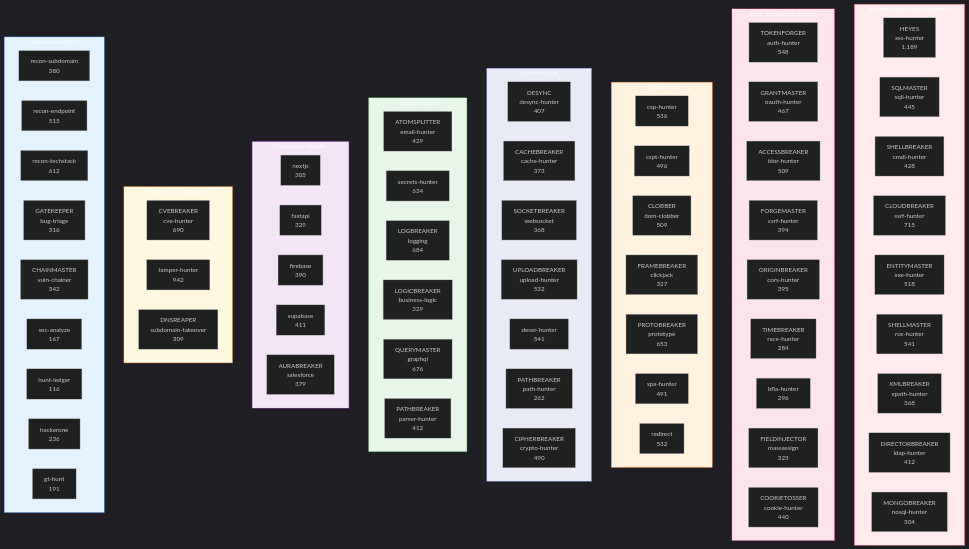
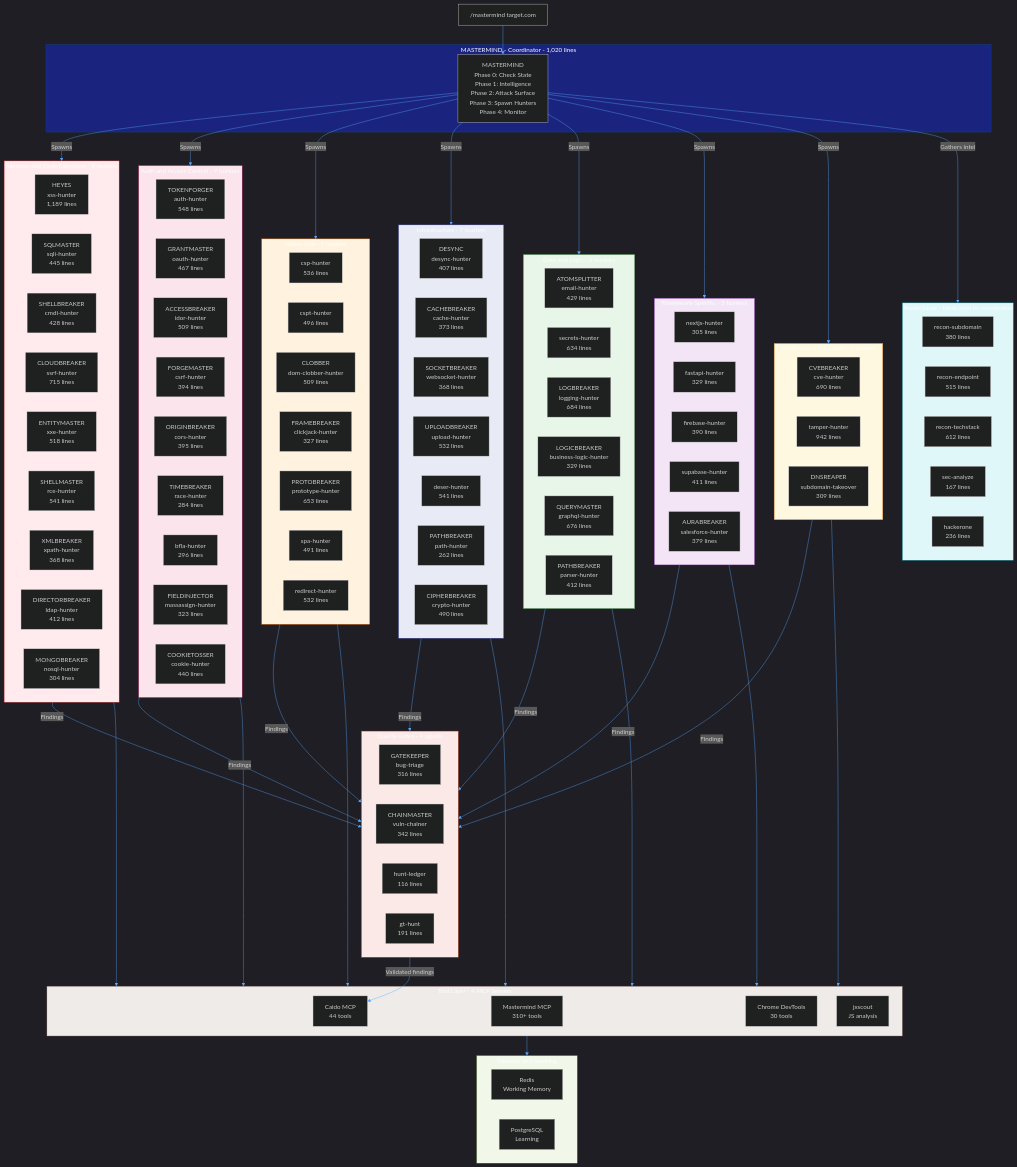
The second of 6 diagrams in content/blog/mastermind-ai-ecosystem.md (trace37labs/trace37-labs), drawn with Mermaid before and after one commit. The commit also changed other lines of this file, not shown here.

Commit message:
Update Mastermind AI post with user edits
- Updated bounty figure in HEYES persona (50K → 0K)
- Removed 'Use the 5-Rotor Enigma-XSS machine first' instruction
- Fixed table formatting in Injection hunters section
- Updated Full Hunter Map diagram with improved layout
- Maintained all security fixes (poc-harness.com, dark themes)

````diff
--- a/content/blog/mastermind-ai-ecosystem.md
+++ b/content/blog/mastermind-ai-ecosystem.md
@@ -306,91 +308,146 @@
 ```mermaid
 %%{init: {'theme': 'dark', 'themeVariables': { 'lineColor': '#58a6ff', 'primaryTextColor': '#fff'}}}%%
 flowchart TB
-    subgraph Injection["Injection and Code Execution"]
-        xss["HEYES\nxss-hunter\n1,189"]
-        sqli["SQLMASTER\nsqli-hunter\n445"]
-        cmdi["SHELLBREAKER\ncmdi-hunter\n428"]
-        ssrf["CLOUDBREAKER\nssrf-hunter\n715"]
-        xxe["ENTITYMASTER\nxxe-hunter\n518"]
-        rce["SHELLMASTER\nrce-hunter\n541"]
-        xpath["XMLBREAKER\nxpath-hunter\n368"]
-        ldap["DIRECTORBREAKER\nldap-hunter\n412"]
-        nosql["MONGOBREAKER\nnosql-hunter\n304"]
+    User["/mastermind target.com"]
+    User --> MM
+
+    subgraph Coordinator["MASTERMIND - Coordinator - 1,020 lines"]
+        MM["MASTERMIND\nPhase 0: Check State\nPhase 1: Intelligence\nPhase 2: Attack Surface\nPhase 3: Spawn Hunters\nPhase 4: Monitor"]
     end
 
-    subgraph AuthZ["Auth and Access Control"]
-        auth["TOKENFORGER\nauth-hunter\n548"]
-        oauth["GRANTMASTER\noauth-hunter\n467"]
-        idor["ACCESSBREAKER\nidor-hunter\n509"]
-        csrf["FORGEMASTER\ncsrf-hunter\n394"]
-        cors["ORIGINBREAKER\ncors-hunter\n395"]
-        race["TIMEBREAKER\nrace-hunter\n284"]
-        bfla["bfla-hunter\n296"]
-        mass["FIELDINJECTOR\nmassassign\n323"]
-        cookie["COOKIETOSSER\ncookie-hunter\n440"]
+    MM -->|"Spawns"| Injection
+    MM -->|"Spawns"| AuthZ
+    MM -->|"Spawns"| Client
+    MM -->|"Spawns"| Infra
+    MM -->|"Spawns"| DataLogic
+    MM -->|"Spawns"| Frameworks
+    MM -->|"Spawns"| Platform
+
+    subgraph ReconLayer["Recon Layer - feeds intel to coordinator"]
+        rsub["recon-subdomain\n380 lines"]
+        rend["recon-endpoint\n515 lines"]
+        rtech["recon-techstack\n612 lines"]
+        secana["sec-analyze\n167 lines"]
+        h1["hackerone\n236 lines"]
     end
 
-    subgraph Client["Client-Side"]
-        csp["csp-hunter\n536"]
-        cspt["cspt-hunter\n496"]
-        dom["CLOBBER\ndom-clobber\n509"]
-        click["FRAMEBREAKER\nclickjack\n327"]
-        proto["PROTOBREAKER\nprototype\n653"]
-        spa["spa-hunter\n491"]
-        redir["redirect\n532"]
+    MM -->|"Gathers intel"| ReconLayer
+
+    subgraph Injection["Injection and Code Execution - 9 hunters"]
+        xss["HEYES\nxss-hunter\n1,189 lines"]
+        sqli["SQLMASTER\nsqli-hunter\n445 lines"]
+        cmdi["SHELLBREAKER\ncmdi-hunter\n428 lines"]
+        ssrf["CLOUDBREAKER\nssrf-hunter\n715 lines"]
+        xxe["ENTITYMASTER\nxxe-hunter\n518 lines"]
+        rce["SHELLMASTER\nrce-hunter\n541 lines"]
+        xpath["XMLBREAKER\nxpath-hunter\n368 lines"]
+        ldap["DIRECTORBREAKER\nldap-hunter\n412 lines"]
+        nosql["MONGOBREAKER\nnosql-hunter\n304 lines"]
     end
 
-    subgraph Infra["Infrastructure"]
-        desync["DESYNC\ndesync-hunter\n407"]
-        cache["CACHEBREAKER\ncache-hunter\n373"]
-        ws["SOCKETBREAKER\nwebsocket\n368"]
-        upload["UPLOADBREAKER\nupload-hunter\n532"]
-        deser["deser-hunter\n541"]
-        path["PATHBREAKER\npath-hunter\n262"]
-        crypto["CIPHERBREAKER\ncrypto-hunter\n490"]
+    subgraph AuthZ["Auth and Access Control - 9 hunters"]
+        auth["TOKENFORGER\nauth-hunter\n548 lines"]
+        oauth["GRANTMASTER\noauth-hunter\n467 lines"]
+        idor["ACCESSBREAKER\nidor-hunter\n509 lines"]
+        csrf["FORGEMASTER\ncsrf-hunter\n394 lines"]
+        cors["ORIGINBREAKER\ncors-hunter\n395 lines"]
+        race["TIMEBREAKER\nrace-hunter\n284 lines"]
+        bfla["bfla-hunter\n296 lines"]
+        mass["FIELDINJECTOR\nmassassign-hunter\n323 lines"]
+        cookie["COOKIETOSSER\ncookie-hunter\n440 lines"]
     end
 
-    subgraph Data["Data and Logic"]
-        email["ATOMSPLITTER\nemail-hunter\n429"]
-        secrets["secrets-hunter\n634"]
-        logging["LOGBREAKER\nlogging\n684"]
-        bizlog["LOGICBREAKER\nbusiness-logic\n329"]
-        gql["QUERYMASTER\ngraphql\n676"]
-        parser["PATHBREAKER\nparser-hunter\n412"]
+    subgraph Client["Client-Side - 7 hunters"]
+        csp["csp-hunter\n536 lines"]
+        cspt["cspt-hunter\n496 lines"]
+        dom["CLOBBER\ndom-clobber-hunter\n509 lines"]
+        click["FRAMEBREAKER\nclickjack-hunter\n327 lines"]
+        proto["PROTOBREAKER\nprototype-hunter\n653 lines"]
+        spa["spa-hunter\n491 lines"]
+        redir["redirect-hunter\n532 lines"]
     end
 
-    subgraph Frameworks["Framework-Specific"]
-        nextjs["nextjs\n305"]
-        fastapi["fastapi\n329"]
-        firebase["firebase\n390"]
-        supa["supabase\n411"]
-        sfdc["AURABREAKER\nsalesforce\n379"]
+    subgraph Infra["Infrastructure - 7 hunters"]
+        desync["DESYNC\ndesync-hunter\n407 lines"]
+        cache["CACHEBREAKER\ncache-hunter\n373 lines"]
+        ws["SOCKETBREAKER\nwebsocket-hunter\n368 lines"]
+        upload["UPLOADBREAKER\nupload-hunter\n532 lines"]
+        deser["deser-hunter\n541 lines"]
+        path["PATHBREAKER\npath-hunter\n262 lines"]
+        crypto["CIPHERBREAKER\ncrypto-hunter\n490 lines"]
     end
 
-    subgraph Platform["Platform and Advanced"]
-        cve["CVEBREAKER\ncve-hunter\n690"]
-        tamper["tamper-hunter\n942"]
-        takeover["DNSREAPER\nsubdomain-takeover\n309"]
+    subgraph DataLogic["Data and Logic - 6 hunters"]
+        email["ATOMSPLITTER\nemail-hunter\n429 lines"]
+        secrets["secrets-hunter\n634 lines"]
+        logging["LOGBREAKER\nlogging-hunter\n684 lines"]
+        bizlog["LOGICBREAKER\nbusiness-logic-hunter\n329 lines"]
+        gql["QUERYMASTER\ngraphql-hunter\n676 lines"]
+        parser["PATHBREAKER\nparser-hunter\n412 lines"]
     end
 
-    subgraph Recon["Recon and Utility"]
-        rsub["recon-subdomain\n380"]
-        rend["recon-endpoint\n515"]
-        rtech["recon-techstack\n612"]
-        triage["GATEKEEPER\nbug-triage\n316"]
-        chainer["CHAINMASTER\nvuln-chainer\n342"]
-        secana["sec-analyze\n167"]
-        ledger["hunt-ledger\n116"]
-        h1["hackerone\n236"]
-        gt["gt-hunt\n191"]
+    subgraph Frameworks["Framework-Specific - 5 hunters"]
+        nextjs["nextjs-hunter\n305 lines"]
+        fastapi["fastapi-hunter\n329 lines"]
+        firebase["firebase-hunter\n390 lines"]
+        supa["supabase-hunter\n411 lines"]
+        sfdc["AURABREAKER\nsalesforce-hunter\n379 lines"]
     end
 
+    subgraph Platform["Platform and Advanced - 3 hunters"]
+        cve["CVEBREAKER\ncve-hunter\n690 lines"]
+        tamper["tamper-hunter\n942 lines"]
+        takeover["DNSREAPER\nsubdomain-takeover\n309 lines"]
+    end
+
+    subgraph QualityGate["Quality Gates - 4 agents"]
+        triage["GATEKEEPER\nbug-triage\n316 lines"]
+        chainer["CHAINMASTER\nvuln-chainer\n342 lines"]
+        ledger["hunt-ledger\n116 lines"]
+        gt["gt-hunt\n191 lines"]
+    end
+
+    Injection -->|"Findings"| QualityGate
+    AuthZ -->|"Findings"| QualityGate
+    Client -->|"Findings"| QualityGate
+    Infra -->|"Findings"| QualityGate
+    DataLogic -->|"Findings"| QualityGate
+    Frameworks -->|"Findings"| QualityGate
+    Platform -->|"Findings"| QualityGate
+
+    subgraph ToolLayer["Tool Layer - 4 MCP Servers"]
+        mcp1["Mastermind MCP\n310+ tools"]
+        mcp2["Caido MCP\n44 tools"]
+        mcp3["Chrome DevTools\n30 tools"]
+        mcp4["jxscout\nJS analysis"]
+    end
+
+    Injection --> ToolLayer
+    AuthZ --> ToolLayer
+    Client --> ToolLayer
+    Infra --> ToolLayer
+    DataLogic --> ToolLayer
+    Frameworks --> ToolLayer
+    Platform --> ToolLayer
+
+    subgraph Memory["Memory and Learning"]
+        redis["Redis\nWorking Memory"]
+        pg["PostgreSQL\nLearning"]
+    end
+
+    ToolLayer --> Memory
+    QualityGate -->|"Validated findings"| mcp2
+
+    style Coordinator fill:#1a237e,stroke:#0d47a1,color:#fff
     style Injection fill:#ffebee,stroke:#c62828
     style AuthZ fill:#fce4ec,stroke:#ad1457
     style Client fill:#fff3e0,stroke:#ef6c00
     style Infra fill:#e8eaf6,stroke:#283593
-    style Data fill:#e8f5e9,stroke:#2e7d32
+    style DataLogic fill:#e8f5e9,stroke:#2e7d32
     style Frameworks fill:#f3e5f5,stroke:#7b1fa2
     style Platform fill:#fff8e1,stroke:#f57f17
-    style Recon fill:#e3f2fd,stroke:#1565c0
+    style ReconLayer fill:#e0f7fa,stroke:#00838f
+    style QualityGate fill:#fbe9e7,stroke:#bf360c
+    style ToolLayer fill:#efebe9,stroke:#4e342e
+    style Memory fill:#f1f8e9,stroke:#33691e
 ```
````
